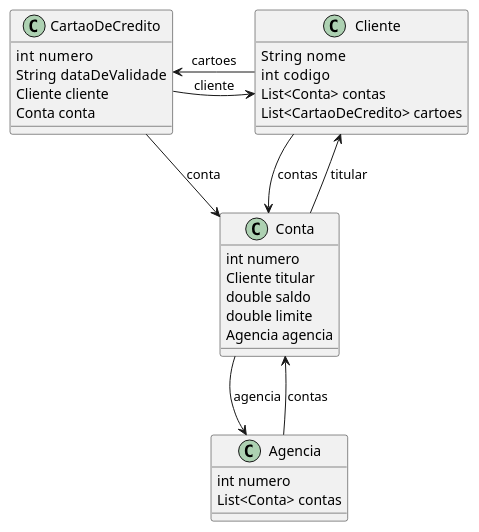
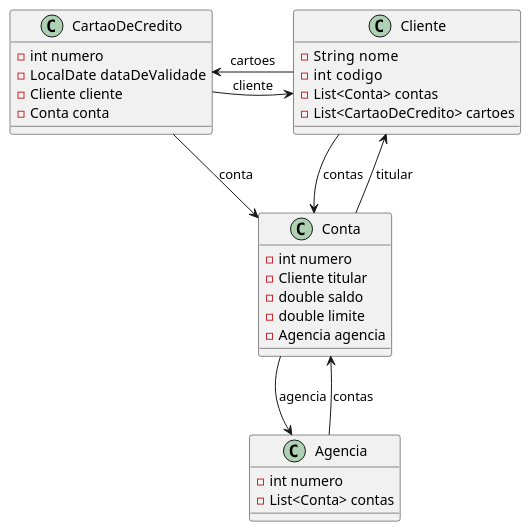
One commit to 2025-ifba-saj-inf-poo/blog changed the diagram in src/posts/08_ArrayList.md. Above: the diagram before and after it, drawn with PlantUML.

````diff
--- a/src/posts/08_ArrayList.md
+++ b/src/posts/08_ArrayList.md
@@ -180,43 +180,43 @@
 ```plantuml {kroki}
 @startuml
 
 class  Cliente {
-  String  nome
-  int  codigo
-  List<Conta> contas
-  List<CartaoDeCredito> cartoes
+  -String  nome
+  -int  codigo
+  -List<Conta> contas
+  -List<CartaoDeCredito> cartoes
 }
 
 class  CartaoDeCredito {
-  int  numero
-  String  dataDeValidade
-  Cliente cliente
-  Conta conta
+  -int numero
+  -LocalDate  dataDeValidade
+  -Cliente cliente
+  -Conta conta
 }
 
 class Agencia{
-  int numero
-  List<Conta> contas
+  -int numero
+  -List<Conta> contas
 }
 
 class Conta{
-  int numero
-  Cliente titular
-  double saldo
-  double limite
-  Agencia agencia
+  -int numero
+  -Cliente titular
+  -double saldo
+  -double limite
+  -Agencia agencia
 
 }
 
 Conta --> Agencia : agencia
 Agencia --> Conta : contas
 CartaoDeCredito --> Cliente : cliente
 Cliente -> CartaoDeCredito : cartoes
 Cliente --> Conta : contas 
 Conta --> Cliente : titular
 CartaoDeCredito --> Conta : conta
 
 
  
 @enduml  
 ```
````
